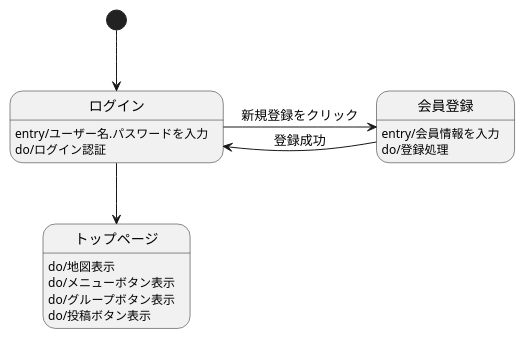
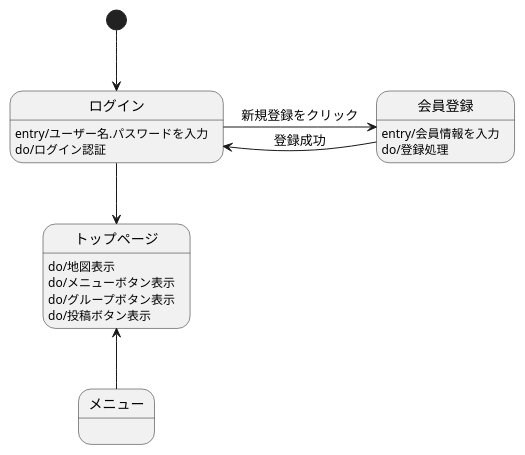
The diagram in 03_画面遷移図/画面遷移図.md (Aso2001031/System4_ver2.0), drawn with PlantUML before and after one commit.

````diff
--- a/03_画面遷移図/画面遷移図.md
+++ b/03_画面遷移図/画面遷移図.md
@@ -1,21 +1,24 @@
 ```uml
 @startuml
 
 [*] -down-> ログイン
 
 トップページ : do/地図表示
 トップページ : do/メニューボタン表示
 トップページ : do/グループボタン表示
 トップページ : do/投稿ボタン表示
 
 ログイン -down-> トップページ
 ログイン : entry/ユーザー名.パスワードを入力 
 ログイン : do/ログイン認証 
 ログイン -> 会員登録 : 新規登録をクリック
 
 会員登録 -> ログイン : 登録成功
 会員登録 : entry/会員情報を入力 
 会員登録 : do/登録処理
 
+メニュー -up-> トップページ
+メニュー : 
+
 @enduml
 ```
````
